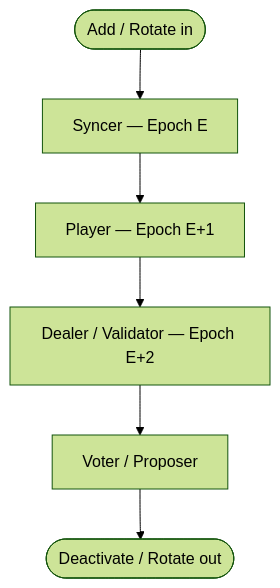
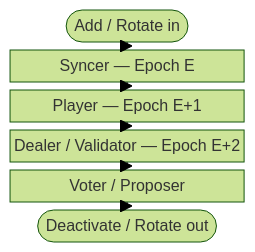
The diagram in src/pages/guide/node/validator-status.mdx (tempoxyz/docs), drawn with Mermaid (forest theme) before and after one commit.

Commit message:
docs: revert to block-beta diagram
Amp-Thread-ID: https://ampcode.com/threads/T-019da962-06e0-7083-806a-3d46ee63e7b1

````diff
--- a/src/pages/guide/node/validator-status.mdx
+++ b/src/pages/guide/node/validator-status.mdx
@@ -61,11 +61,24 @@
-```mermaid {style: {maxWidth: '320px', margin: '0 auto'}}
-flowchart TD
-    Start(["Add / Rotate in"])
-    A["Syncer — Epoch E"]
-    B["Player — Epoch E+1"]
-    C["Dealer / Validator — Epoch E+2"]
-    D["Voter / Proposer"]
-    End(["Deactivate / Rotate out"])
+```mermaid {style: {maxWidth: '600px', margin: '0 auto'}}
+block-beta
+    columns 3
+    start(["Add / Rotate in"]):3
+    space
+    A["Syncer — Epoch E"]:1
+    space
+    space
+    B["Player — Epoch E+1"]:1
+    space
+    space
+    C["Dealer / Validator — Epoch E+2"]:1
+    space
+    space
+    D["Voter / Proposer"]:1
+    space
+    end_(["Deactivate / Rotate out"]):3
 
-    Start --> A --> B --> C --> D --> End
+    start --> A
+    A --> B
+    B --> C
+    C --> D
+    D --> end_
 ```
````
